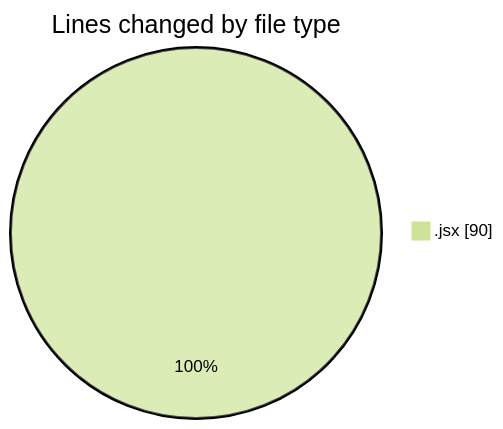
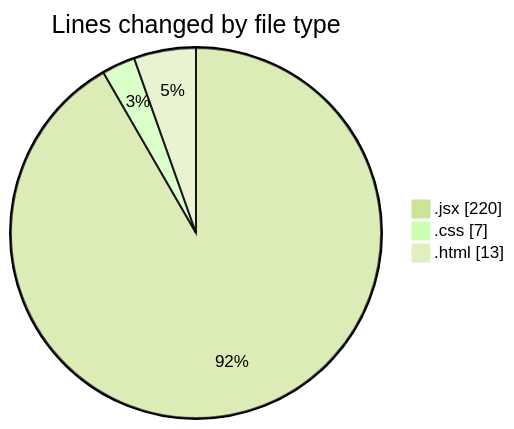
One commit to Ritupan-Deka/code-tracking changed the first of 2 diagrams in 2025-05-29/projects/README.md. Above: the diagram before and after it, drawn with Mermaid (forest theme). The commit also changed other lines of this file and 1 other file, not shown here.

````diff
--- a/2025-05-29/projects/README.md
+++ b/2025-05-29/projects/README.md
@@ -20,5 +26,7 @@
 ```mermaid
 pie showData
 title Lines changed by file type
-".jsx" : 90
+".jsx" : 220
+".css" : 7
+".html" : 13
 ```
````
